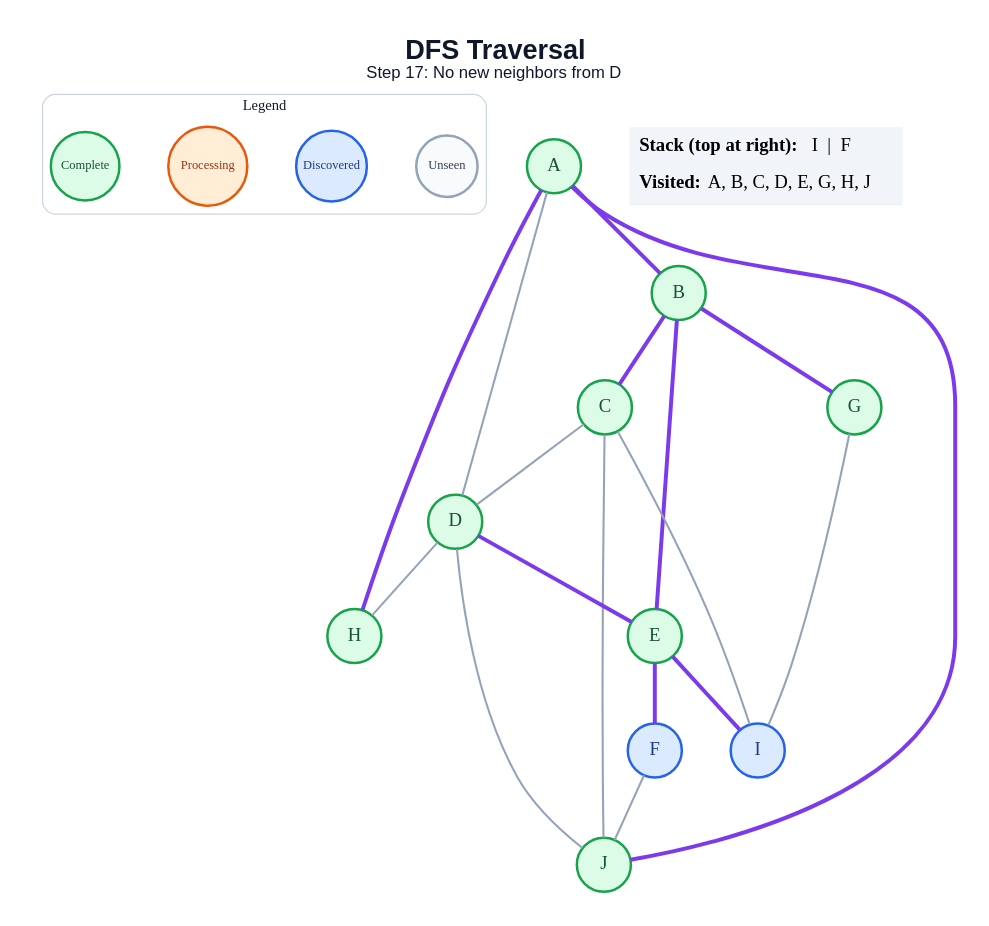
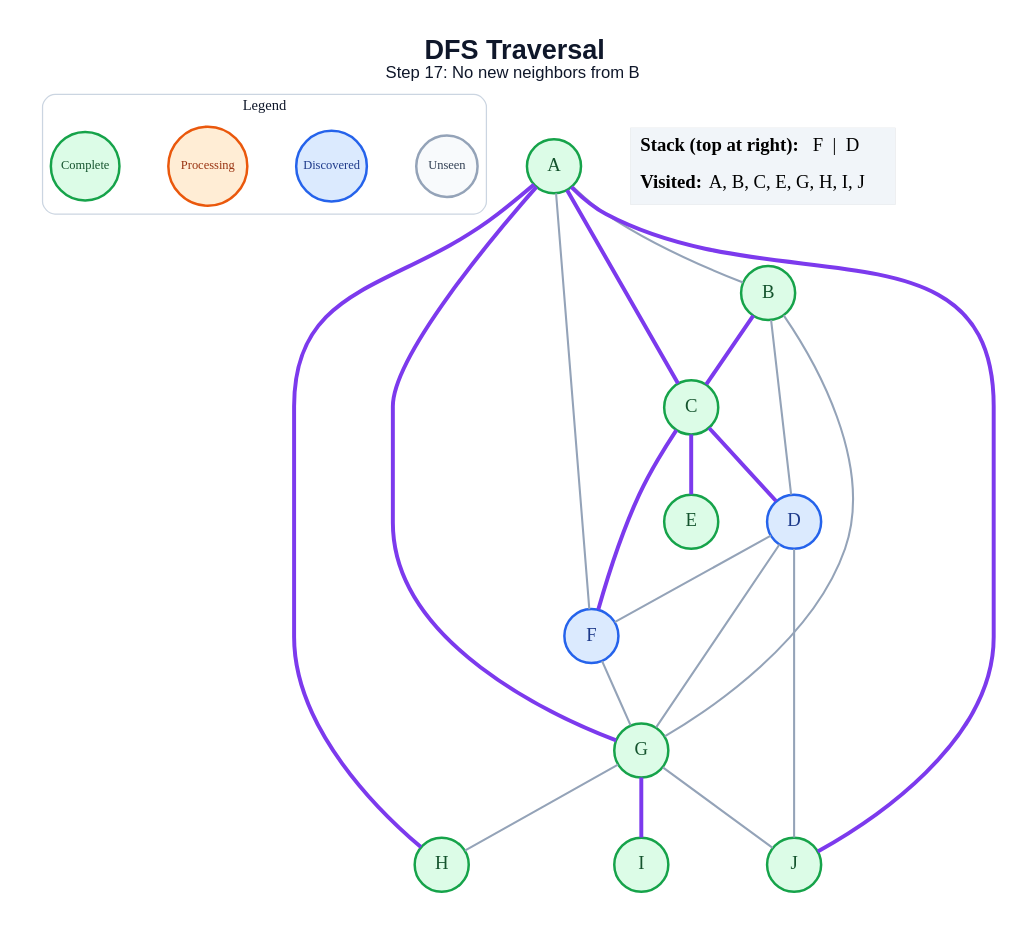
Before and after one commit to amanghodawala9/ai-slop: the diagram in generated/specific-node/dfs/step_17.dot, drawn with Graphviz. The commit also changed 178 other files, not shown here.

```diff
--- a/generated/specific-node/dfs/step_17.dot
+++ b/generated/specific-node/dfs/step_17.dot
@@ -1,46 +1,48 @@
 graph traversal {
   graph [layout=dot, rankdir=TB, bgcolor="#FFFFFF", pad="0.35", nodesep="0.65", ranksep="0.8", fontname="Arial"];
   node [shape=circle, style="filled", fontname="Arial Bold", fontsize=18, width=0.72, fixedsize=true, penwidth=2.4];
   edge [color="#94A3B8", penwidth=2.0];
-  label=<<B>DFS Traversal</B><BR/><FONT POINT-SIZE="16">Step 17: No new neighbors from D</FONT>>; labelloc="t"; fontsize=26; fontname="Arial"; fontcolor="#0F172A";
+  label=<<B>DFS Traversal</B><BR/><FONT POINT-SIZE="16">Step 17: No new neighbors from B</FONT>>; labelloc="t"; fontsize=26; fontname="Arial"; fontcolor="#0F172A";
   subgraph cluster_legend { label="Legend"; color="#CBD5E1"; penwidth=1.2; style="rounded"; fontsize=14; fontname="Arial Bold";
     key_unseen [label="Unseen", fillcolor="#F8FAFC", color="#94A3B8", fontcolor="#334155", fontsize=12, width=0.82];
     key_frontier [label="Discovered", fillcolor="#DBEAFE", color="#2563EB", fontcolor="#1E3A8A", fontsize=12, width=0.95];
     key_current [label="Processing", fillcolor="#FFEDD5", color="#EA580C", fontcolor="#9A3412", fontsize=12, width=1.05];
     key_done [label="Complete", fillcolor="#DCFCE7", color="#16A34A", fontcolor="#14532D", fontsize=12, width=0.92];
     { rank=same; key_unseen; key_frontier; key_current; key_done; }
   }
   A [fillcolor="#DCFCE7", color="#16A34A", fontcolor="#14532D"];
   B [fillcolor="#DCFCE7", color="#16A34A", fontcolor="#14532D"];
   C [fillcolor="#DCFCE7", color="#16A34A", fontcolor="#14532D"];
-  D [fillcolor="#DCFCE7", color="#16A34A", fontcolor="#14532D"];
+  D [fillcolor="#DBEAFE", color="#2563EB", fontcolor="#1E3A8A"];
   E [fillcolor="#DCFCE7", color="#16A34A", fontcolor="#14532D"];
   F [fillcolor="#DBEAFE", color="#2563EB", fontcolor="#1E3A8A"];
   G [fillcolor="#DCFCE7", color="#16A34A", fontcolor="#14532D"];
   H [fillcolor="#DCFCE7", color="#16A34A", fontcolor="#14532D"];
-  I [fillcolor="#DBEAFE", color="#2563EB", fontcolor="#1E3A8A"];
+  I [fillcolor="#DCFCE7", color="#16A34A", fontcolor="#14532D"];
   J [fillcolor="#DCFCE7", color="#16A34A", fontcolor="#14532D"];
-  A -- B [color="#7C3AED", penwidth=3.8];
-  A -- D;
+  A -- B;
+  A -- C [color="#7C3AED", penwidth=3.8];
+  A -- F;
+  A -- G [color="#7C3AED", penwidth=3.8];
   A -- H [color="#7C3AED", penwidth=3.8];
   A -- J [color="#7C3AED", penwidth=3.8];
   B -- C [color="#7C3AED", penwidth=3.8];
-  B -- E [color="#7C3AED", penwidth=3.8];
-  B -- G [color="#7C3AED", penwidth=3.8];
-  C -- D;
-  C -- I;
-  C -- J;
-  D -- E [color="#7C3AED", penwidth=3.8];
-  D -- H;
+  B -- D;
+  B -- G;
+  C -- D [color="#7C3AED", penwidth=3.8];
+  C -- E [color="#7C3AED", penwidth=3.8];
+  C -- F [color="#7C3AED", penwidth=3.8];
+  D -- F;
+  D -- G;
   D -- J;
-  E -- F [color="#7C3AED", penwidth=3.8];
-  E -- I [color="#7C3AED", penwidth=3.8];
-  F -- J;
-  G -- I;
+  F -- G;
+  G -- H;
+  G -- I [color="#7C3AED", penwidth=3.8];
+  G -- J;
   status [shape=plain, fixedsize=false, width=0, height=0, margin=0, label=<
     <TABLE BORDER="0" CELLBORDER="0" CELLPADDING="7" BGCOLOR="#F1F5F9">
-      <TR><TD ALIGN="LEFT"><B>Stack (top at right):</B> I  |  F</TD></TR>
-      <TR><TD ALIGN="LEFT"><B>Visited:</B> A, B, C, D, E, G, H, J</TD></TR>
+      <TR><TD ALIGN="LEFT"><B>Stack (top at right):</B> F  |  D</TD></TR>
+      <TR><TD ALIGN="LEFT"><B>Visited:</B> A, B, C, E, G, H, I, J</TD></TR>
     </TABLE>
   >];
 }
```
